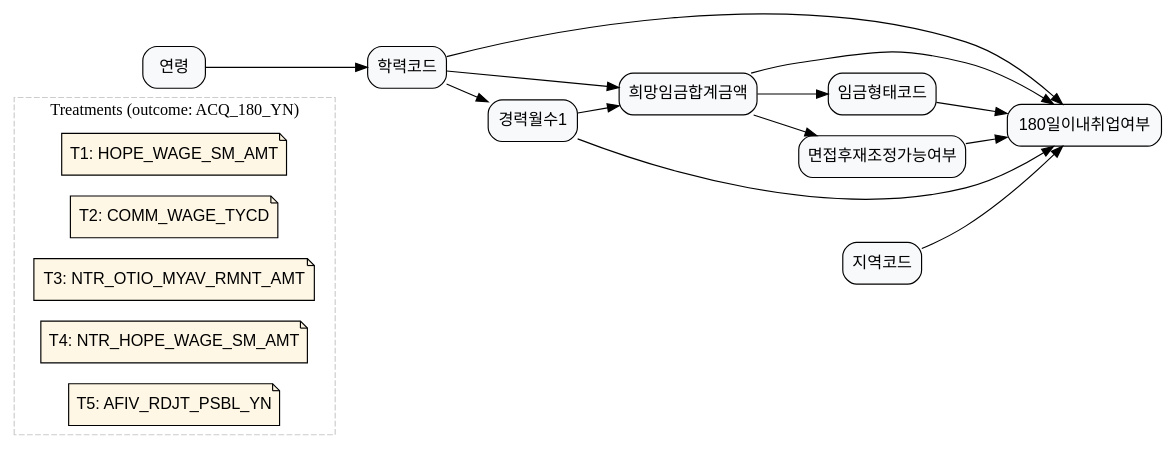
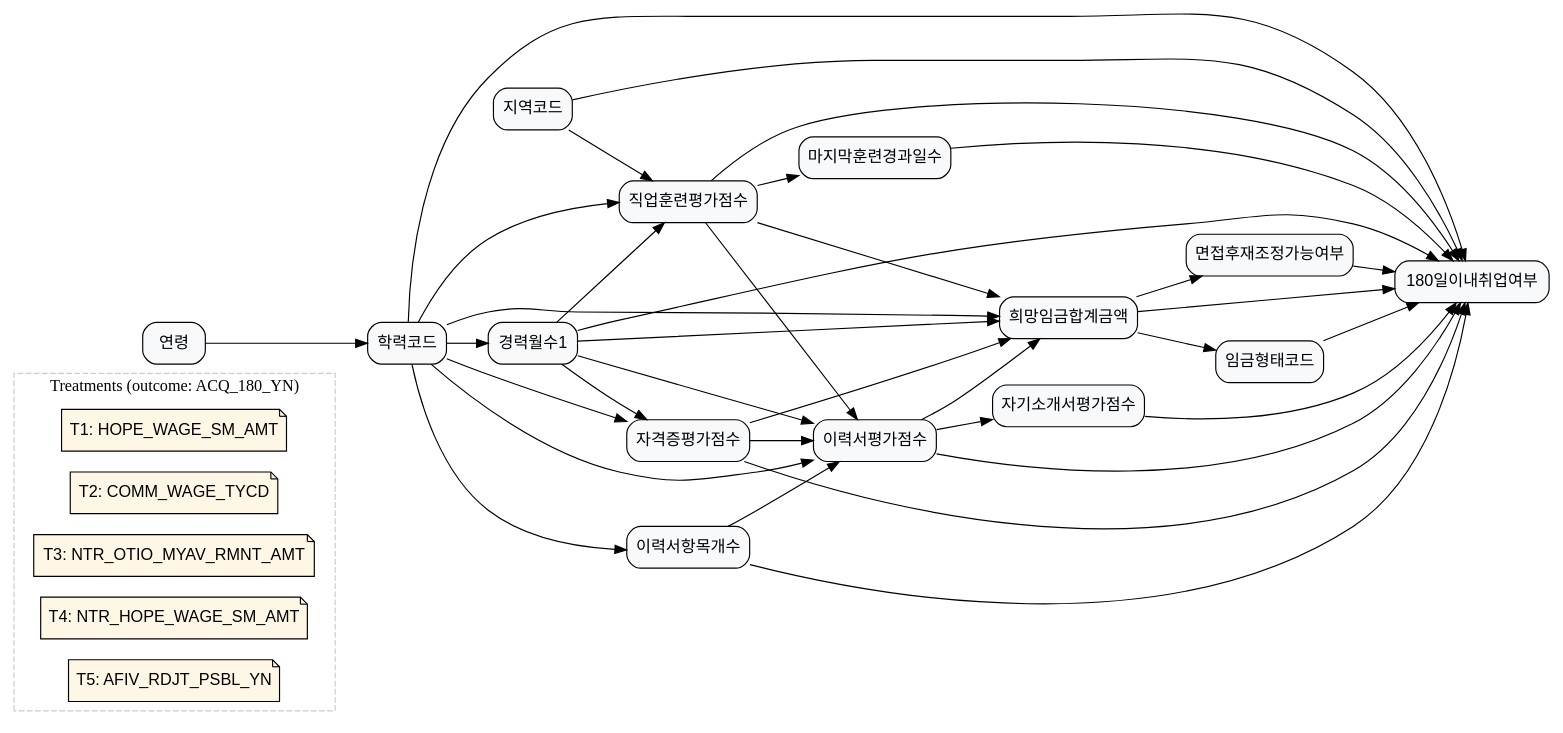
Before and after one commit to KU-LIM-Lab/dowhy-deep: the diagram in laborlab_2/data/graph_data/graph_4.dot, drawn with Graphviz. The commit also changed 1 other file, not shown here.

Commit message:
graph 4 updated

```diff
--- a/laborlab_2/data/graph_data/graph_4.dot
+++ b/laborlab_2/data/graph_data/graph_4.dot
@@ -1,69 +1,107 @@
 digraph G {
 	graph [rankdir=LR];
 	node [fillcolor="#F8F9FB",
 		fontname=Helvetica,
 		shape=box,
 		style="rounded,filled"
 	];
 	subgraph cluster_treatments {
 		graph [color="#CCCCCC",
 			label="Treatments (outcome: ACQ_180_YN)",
 			style=dashed
 		];
 		node [fillcolor="#FFF7E6",
 			fontname=Helvetica,
 			shape=note,
 			style="rounded,filled"
 		];
-		T1	[label="T1: HOPE_WAGE_SM_AMT",
+		T1	[fillcolor="#FFF7E6",
+			label="T1: HOPE_WAGE_SM_AMT",
 			role=treatment_meta,
+			shape=note,
 			treatment_def="희망임금 수준 차이의 효과",
 			treatment_name=HOPE_WAGE_SM_AMT,
 			treatment_question="희망임금이 높은 사람과 낮은 사람의 6개월 내 취업 확률 차이?",
 			treatment_var=HOPE_WAGE_SM_AMT];
-		T2	[label="T2: COMM_WAGE_TYCD",
+		T2	[fillcolor="#FFF7E6",
+			label="T2: COMM_WAGE_TYCD",
 			role=treatment_meta,
+			shape=note,
 			treatment_def="임금형태코드 차이의 효과",
 			treatment_name=COMM_WAGE_TYCD,
 			treatment_question="임금형태(월급/시급 등)가 다른 구직자 간 6개월 내 취업 확률 차이?",
 			treatment_var=COMM_WAGE_TYCD];
-		T3	[label="T3: NTR_OTIO_MYAV_RMNT_AMT",
+		T3	[fillcolor="#FFF7E6",
+			label="T3: NTR_OTIO_MYAV_RMNT_AMT",
 			role=treatment_meta,
+			shape=note,
 			treatment_def="직종×지역 중앙입직임금 수준 차이의 효과",
 			treatment_name=NTR_OTIO_MYAV_RMNT_AMT,
 			treatment_question="중앙 입직임금이 높은 환경과 낮은 환경의 구직자 6개월 내 취업 확률 차이?",
 			treatment_var=NTR_OTIO_MYAV_RMNT_AMT];
-		T4	[label="T4: NTR_HOPE_WAGE_SM_AMT",
+		T4	[fillcolor="#FFF7E6",
+			label="T4: NTR_HOPE_WAGE_SM_AMT",
 			role=treatment_meta,
+			shape=note,
 			treatment_def="직종×지역 중앙희망임금 수준 차이의 효과",
 			treatment_name=NTR_HOPE_WAGE_SM_AMT,
 			treatment_question="주변 구직자들의 중앙 희망임금이 높은 환경과 낮은 환경에서의 6개월 내 취업 확률 차이?",
 			treatment_var=NTR_HOPE_WAGE_SM_AMT];
-		T5	[label="T5: AFIV_RDJT_PSBL_YN",
+		T5	[fillcolor="#FFF7E6",
+			label="T5: AFIV_RDJT_PSBL_YN",
 			role=treatment_meta,
+			shape=note,
 			treatment_def="면접후재조정가능여부 차이의 효과",
 			treatment_name=AFIV_RDJT_PSBL_YN,
 			treatment_question="임금 재조정이 가능하다고 응답한 사람과 불가능하다고 응답한 사람의 6개월 내 취업 확률 차이?",
 			treatment_var=AFIV_RDJT_PSBL_YN];
 	}
 	ACQ_180_YN	[label="180일이내취업여부"];
 	HOPE_WAGE_SM_AMT	[label=희망임금합계금액];
 	HOPE_WAGE_SM_AMT -> ACQ_180_YN;
 	COMM_WAGE_TYCD	[label=임금형태코드];
 	HOPE_WAGE_SM_AMT -> COMM_WAGE_TYCD;
 	AFIV_RDJT_PSBL_YN	[label=면접후재조정가능여부];
 	HOPE_WAGE_SM_AMT -> AFIV_RDJT_PSBL_YN;
 	COMM_WAGE_TYCD -> ACQ_180_YN;
 	AFIV_RDJT_PSBL_YN -> ACQ_180_YN;
 	AREA_CD	[label=지역코드];
 	AREA_CD -> ACQ_180_YN;
+	training_score	[label=직업훈련평가점수];
+	AREA_CD -> training_score;
 	ACCR_CD	[label=학력코드];
 	ACCR_CD -> ACQ_180_YN;
 	ACCR_CD -> HOPE_WAGE_SM_AMT;
 	CARR_MYCT1	[label=경력월수1];
 	ACCR_CD -> CARR_MYCT1;
+	resume_score	[label=이력서평가점수];
+	ACCR_CD -> resume_score;
+	items_num	[label=이력서항목개수];
+	ACCR_CD -> items_num;
+	ACCR_CD -> training_score;
+	certification_score	[label=자격증평가점수];
+	ACCR_CD -> certification_score;
 	CARR_MYCT1 -> ACQ_180_YN;
 	CARR_MYCT1 -> HOPE_WAGE_SM_AMT;
+	CARR_MYCT1 -> resume_score;
+	CARR_MYCT1 -> training_score;
+	CARR_MYCT1 -> certification_score;
 	AGE	[label=연령];
 	AGE -> ACCR_CD;
+	resume_score -> ACQ_180_YN;
+	resume_score -> HOPE_WAGE_SM_AMT;
+	cover_letter_score	[label=자기소개서평가점수];
+	resume_score -> cover_letter_score;
+	items_num -> ACQ_180_YN;
+	items_num -> resume_score;
+	training_score -> ACQ_180_YN;
+	training_score -> HOPE_WAGE_SM_AMT;
+	training_score -> resume_score;
+	days_last_training_to_jobseek	[label=마지막훈련경과일수];
+	training_score -> days_last_training_to_jobseek;
+	days_last_training_to_jobseek -> ACQ_180_YN;
+	certification_score -> ACQ_180_YN;
+	certification_score -> HOPE_WAGE_SM_AMT;
+	certification_score -> resume_score;
+	cover_letter_score -> ACQ_180_YN;
 }
```
